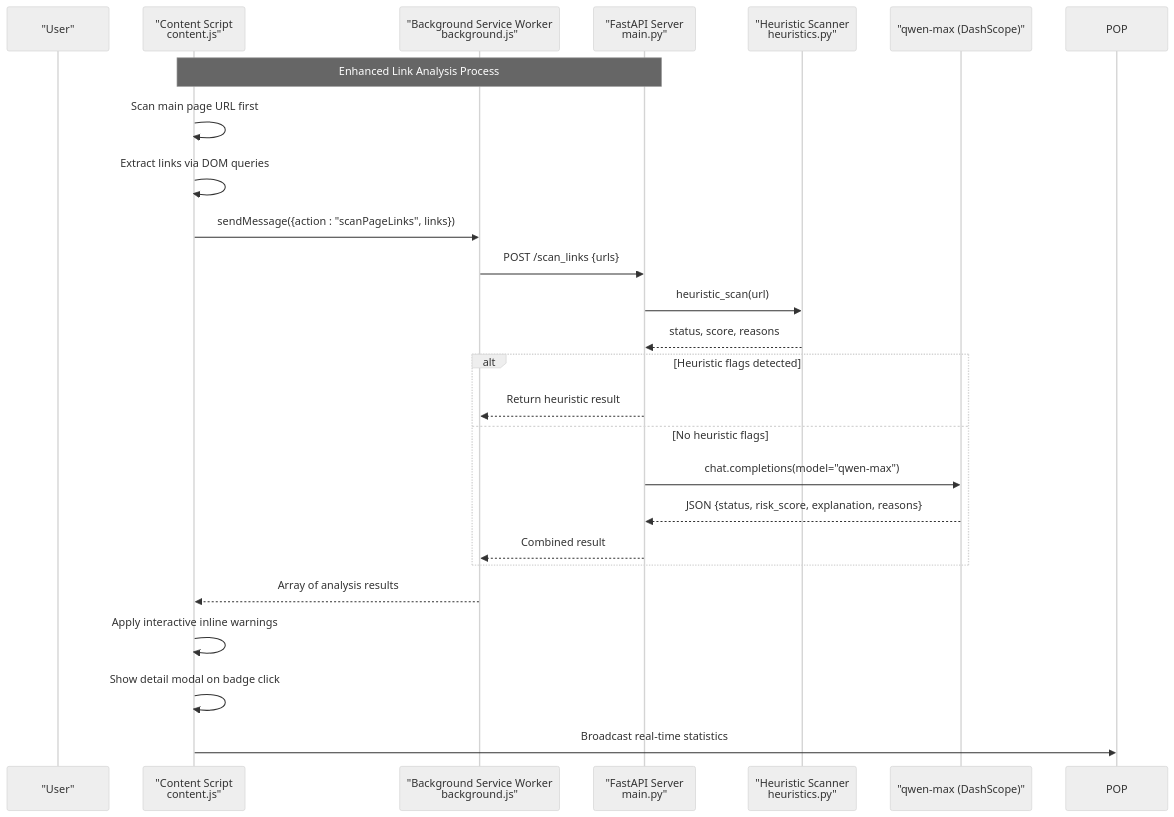
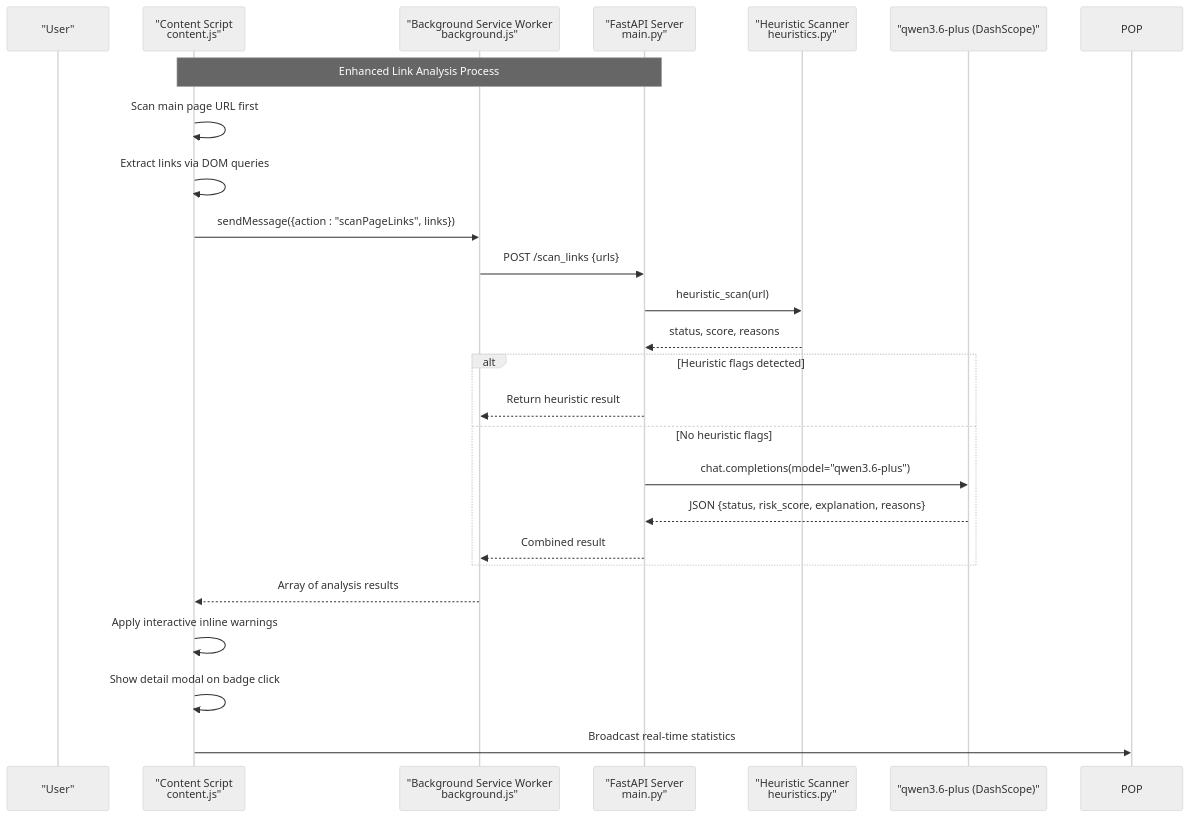
One commit to Aymanaahh/scrollguard-ai changed the second of 8 diagrams in .qoder/repowiki/en/content/Threat Detection Engine.md. Above: the diagram before and after it, drawn with Mermaid (neutral theme). The commit also changed other lines of this file and 33 other files, not shown here.

````diff
--- a/.qoder/repowiki/en/content/Threat Detection Engine.md
+++ b/.qoder/repowiki/en/content/Threat Detection Engine.md
@@ -109,27 +109,27 @@
 ```mermaid
 sequenceDiagram
 participant User as "User"
 participant CS as "Content Script<br/>content.js"
 participant BSW as "Background Service Worker<br/>background.js"
 participant BE as "FastAPI Server<br/>main.py"
 participant HEUR as "Heuristic Scanner<br/>heuristics.py"
-participant AI as "qwen-max (DashScope)"
+participant AI as "qwen3.6-plus (DashScope)"
 Note over CS,BE : Enhanced Link Analysis Process
 CS->>CS : Scan main page URL first
 CS->>CS : Extract links via DOM queries
 CS->>BSW : sendMessage({action : "scanPageLinks", links})
 BSW->>BE : POST /scan_links {urls}
 BE->>HEUR : heuristic_scan(url)
 HEUR-->>BE : status, score, reasons
 alt Heuristic flags detected
 BE-->>BSW : Return heuristic result
 else No heuristic flags
-BE->>AI : chat.completions(model="qwen-max")
+BE->>AI : chat.completions(model="qwen3.6-plus")
 AI-->>BE : JSON {status, risk_score, explanation, reasons}
 BE-->>BSW : Combined result
 end
 BSW-->>CS : Array of analysis results
 CS->>CS : Apply interactive inline warnings
 CS->>CS : Show detail modal on badge click
 CS->>POP : Broadcast real-time statistics
 ```
````
